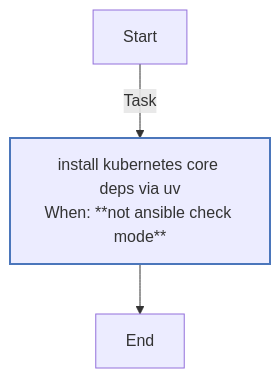
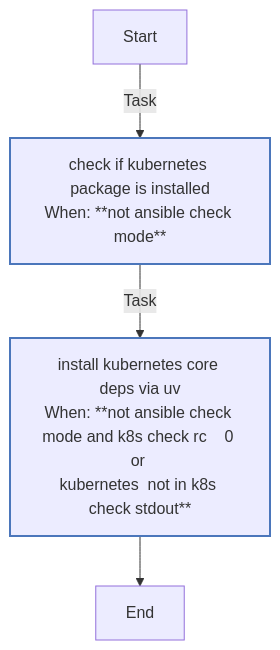
Before and after one commit to rou-cru/k3s-homelab: the fourth of 8 diagrams in roles/common/README.md, drawn with Mermaid. The commit also changed other lines of this file and 23 other files, not shown here.

````diff
--- a/roles/common/README.md
+++ b/roles/common/README.md
@@ -463,15 +464,16 @@
 ```mermaid
 flowchart TD
 Start
 classDef block stroke:#3498db,stroke-width:2px;
 classDef task stroke:#4b76bb,stroke-width:2px;
 classDef includeTasks stroke:#16a085,stroke-width:2px;
 classDef importTasks stroke:#34495e,stroke-width:2px;
 classDef includeRole stroke:#2980b9,stroke-width:2px;
 classDef importRole stroke:#699ba7,stroke-width:2px;
 classDef includeVars stroke:#8e44ad,stroke-width:2px;
 classDef rescue stroke:#665352,stroke-width:2px;
 
-  Start-->|Task| Install_kubernetes_core_deps_via_uv0[install kubernetes core deps via uv<br>When: **not ansible check mode**]:::task
-  Install_kubernetes_core_deps_via_uv0-->End
+  Start-->|Task| Check_if_kubernetes_package_is_installed0[check if kubernetes package is installed<br>When: **not ansible check mode**]:::task
+  Check_if_kubernetes_package_is_installed0-->|Task| Install_kubernetes_core_deps_via_uv1[install kubernetes core deps via uv<br>When: **not ansible check mode and k8s check rc    0 or <br>kubernetes  not in k8s check stdout**]:::task
+  Install_kubernetes_core_deps_via_uv1-->End
 ```
````
